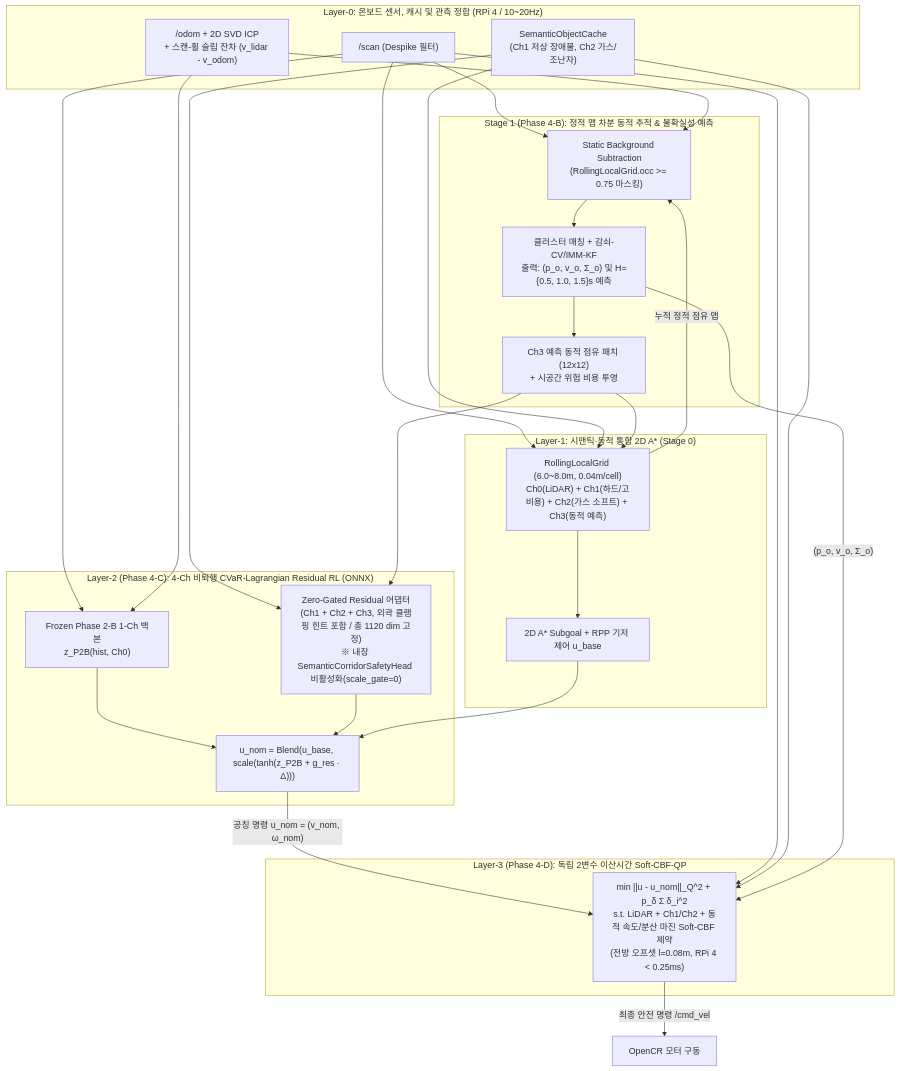
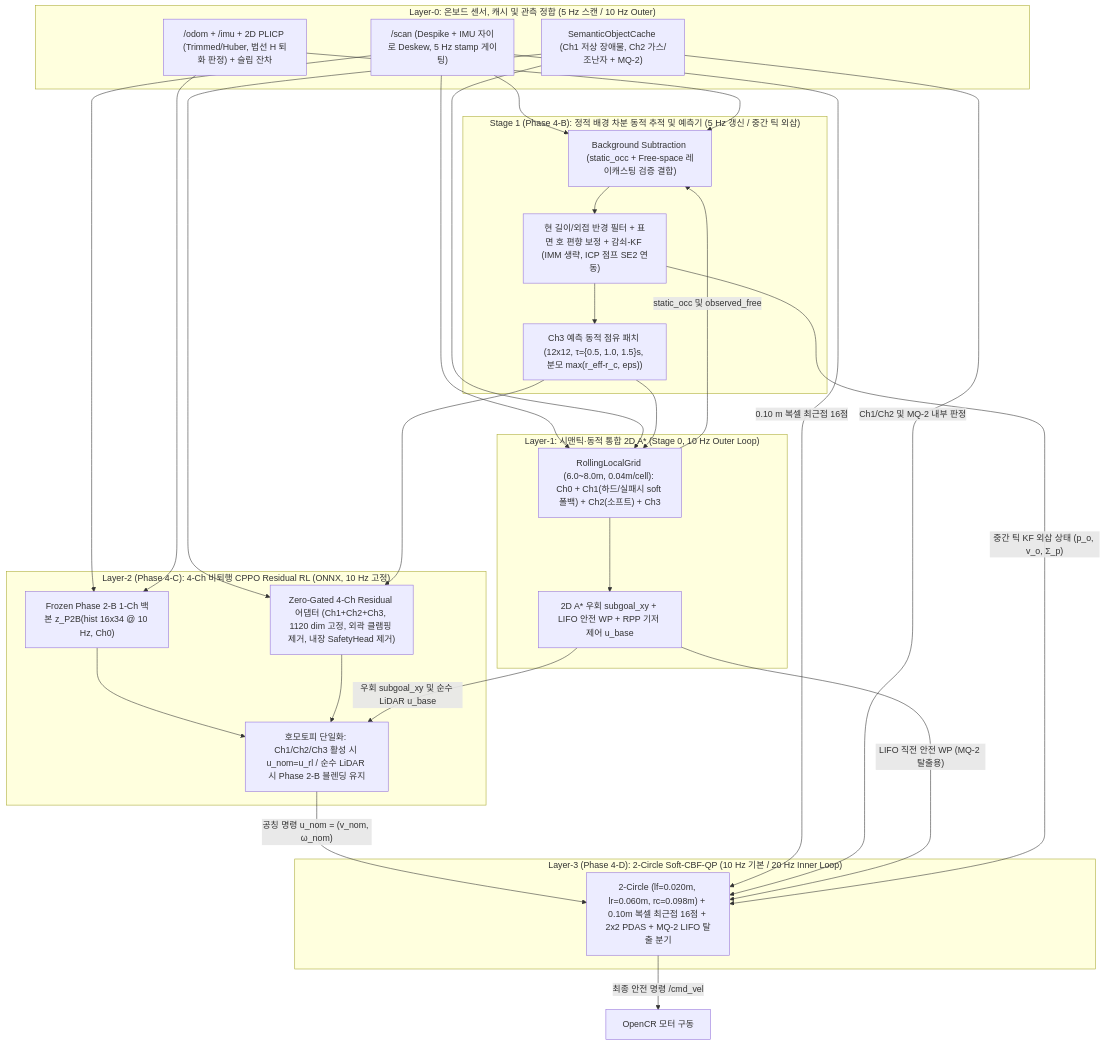
Before and after one commit to rjw136-lab/disaster_recovery_ws: the diagram in docs/Phase4_재검증_연구설계_및_구현계획.md, drawn with Mermaid. The commit also changed other lines of this file, not shown here.

Commit message:
docs(phase4): revise Phase 4 design and implementation plan to v2

````diff
--- a/docs/Phase4_재검증_연구설계_및_구현계획.md
+++ b/docs/Phase4_재검증_연구설계_및_구현계획.md
@@ -36,53 +36,54 @@
 ```mermaid
 flowchart TB
-    subgraph SENS["Layer-0: 온보드 센서, 캐시 및 관측 정합 (RPi 4 / 10~20Hz)"]
-        SCAN["/scan (Despike 필터)"]
-        ODOM["/odom + 2D SVD ICP<br/>+ 스캔-휠 슬립 잔차 (v_lidar - v_odom)"]
-        CACHE["SemanticObjectCache<br/>(Ch1 저상 장애물, Ch2 가스/조난자)"]
+    subgraph SENS["Layer-0: 온보드 센서, 캐시 및 관측 정합 (5 Hz 스캔 / 10 Hz Outer)"]
+        SCAN["/scan (Despike + IMU 자이로 Deskew, 5 Hz stamp 게이팅)"]
+        ODOM["/odom + /imu + 2D PLICP (Trimmed/Huber, 법선 H 퇴화 판정) + 슬립 잔차"]
+        CACHE["SemanticObjectCache (Ch1 저상 장애물, Ch2 가스/조난자 + MQ-2)"]
     end
 
-    subgraph DYN["Stage 1 (Phase 4-B): 정적 맵 차분 동적 추적 & 불확실성 예측"]
-        SUB["Static Background Subtraction<br/>(RollingLocalGrid.occ >= 0.75 마스킹)"]
-        KF["클러스터 매칭 + 감쇠-CV/IMM-KF<br/>출력: (p_o, v_o, Σ_o) 및 H={0.5, 1.0, 1.5}s 예측"]
-        CH3["Ch3 예측 동적 점유 패치 (12x12)<br/>+ 시공간 위험 비용 투영"]
+    subgraph DYN["Stage 1 (Phase 4-B): 정적 배경 차분 동적 추적 및 예측기 (5 Hz 갱신 / 중간 틱 외삽)"]
+        SUB["Background Subtraction (static_occ + Free-space 레이캐스팅 검증 결합)"]
+        KF["현 길이/외접 반경 필터 + 표면 호 편향 보정 + 감쇠-KF (IMM 생략, ICP 점프 SE2 연동)"]
+        CH3["Ch3 예측 동적 점유 패치 (12x12, τ={0.5, 1.0, 1.5}s, 분모 max(r_eff-r_c, eps))"]
     end
 
-    subgraph PLAN["Layer-1: 시맨틱·동적 통합 2D A* (Stage 0)"]
-        GRID["RollingLocalGrid (6.0~8.0m, 0.04m/cell)<br/>Ch0(LiDAR) + Ch1(하드/고비용) + Ch2(가스 소프트) + Ch3(동적 예측)"]
-        ASTAR["2D A* Subgoal + RPP 기저 제어 u_base"]
+    subgraph PLAN["Layer-1: 시맨틱·동적 통합 2D A* (Stage 0, 10 Hz Outer Loop)"]
+        GRID["RollingLocalGrid (6.0~8.0m, 0.04m/cell): Ch0 + Ch1(하드/실패시 soft 폴백) + Ch2(소프트) + Ch3"]
+        ASTAR["2D A* 우회 subgoal_xy + LIFO 안전 WP + RPP 기저 제어 u_base"]
     end
 
-    subgraph RL["Layer-2 (Phase 4-C): 4-Ch 비퇴행 CVaR-Lagrangian Residual RL (ONNX)"]
-        P2B["Frozen Phase 2-B 1-Ch 백본<br/>z_P2B(hist, Ch0)"]
-        RES["Zero-Gated Residual 어댑터<br/>(Ch1 + Ch2 + Ch3, 외곽 클램핑 힌트 포함 / 총 1120 dim 고정)<br/>※ 내장 SemanticCorridorSafetyHead 비활성화(scale_gate=0)"]
-        BLEND["u_nom = Blend(u_base, scale(tanh(z_P2B + g_res · Δ)))"]
+    subgraph RL["Layer-2 (Phase 4-C): 4-Ch 비퇴행 CPPO Residual RL (ONNX, 10 Hz 고정)"]
+        P2B["Frozen Phase 2-B 1-Ch 백본 z_P2B(hist 16x34 @ 10 Hz, Ch0)"]
+        RES["Zero-Gated 4-Ch Residual 어댑터 (Ch1+Ch2+Ch3, 1120 dim 고정, 외곽 클램핑 제거, 내장 SafetyHead 제거)"]
+        SWITCH["호모토피 단일화: Ch1/Ch2/Ch3 활성 시 u_nom=u_rl / 순수 LiDAR 시 Phase 2-B 블렌딩 유지"]
     end
 
-    subgraph SHIELD["Layer-3 (Phase 4-D): 독립 2변수 이산시간 Soft-CBF-QP"]
-        CBF["min ||u - u_nom||_Q^2 + p_δ Σ δ_i^2<br/>s.t. LiDAR + Ch1/Ch2 + 동적 속도/분산 마진 Soft-CBF 제약<br/>(전방 오프셋 l=0.08m, RPi 4 < 0.25ms)"]
+    subgraph SHIELD["Layer-3 (Phase 4-D): 2-Circle Soft-CBF-QP (10 Hz 기본 / 20 Hz Inner Loop)"]
+        CBF["2-Circle (lf=0.020m, lr=0.060m, rc=0.098m) + 0.10m 복셀 최근접 16점 + 2x2 PDAS + MQ-2 LIFO 탈출 분기"]
     end
 
     SCAN --> SUB
     ODOM --> SUB
-    GRID -- "누적 정적 점유 맵" --> SUB
+    GRID -- "static_occ 및 observed_free" --> SUB
     SUB --> KF --> CH3
 
     SCAN --> GRID
     CACHE --> GRID
     CH3 --> GRID
     GRID --> ASTAR
 
     SCAN --> P2B
     ODOM --> P2B
     CACHE --> RES
     CH3 --> RES
-    P2B --> BLEND
-    RES --> BLEND
-    ASTAR --> BLEND
+    P2B --> SWITCH
+    RES --> SWITCH
+    ASTAR -- "우회 subgoal_xy 및 순수 LiDAR u_base" --> SWITCH
 
-    BLEND -- "공칭 명령 u_nom = (v_nom, ω_nom)" --> CBF
-    SCAN --> CBF
-    CACHE --> CBF
-    KF -- "(p_o, v_o, Σ_o)" --> CBF
+    SWITCH -- "공칭 명령 u_nom = (v_nom, ω_nom)" --> CBF
+    SCAN -- "0.10 m 복셀 최근접 16점" --> CBF
+    CACHE -- "Ch1/Ch2 및 MQ-2 내부 판정" --> CBF
+    ASTAR -- "LIFO 직전 안전 WP (MQ-2 탈출용)" --> CBF
+    KF -- "중간 틱 KF 외삽 상태 (p_o, v_o, Σ_p)" --> CBF
     CBF -- "최종 안전 명령 /cmd_vel" --> MOT["OpenCR 모터 구동"]
 ```
````
